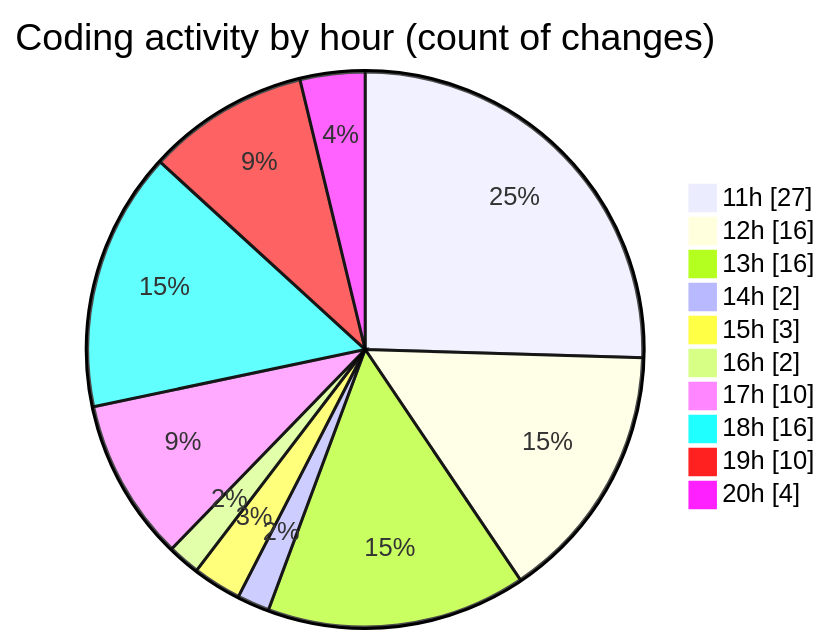
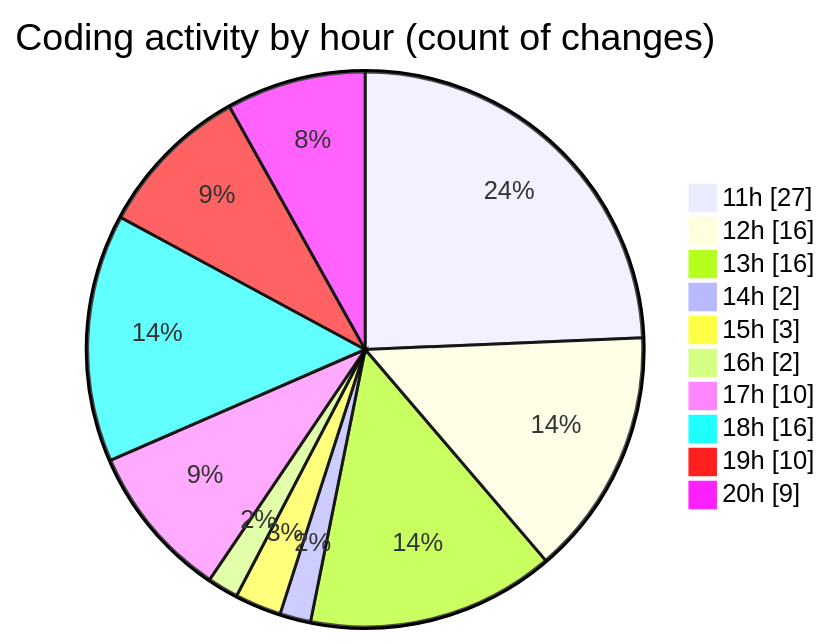
Before and after one commit to MatusMokan/code-tracking: the second of 2 diagrams in 2025-04-18/myws__workspace_/README.md, drawn with Mermaid. The commit also changed other lines of this file and 1 other file, not shown here.

````diff
--- a/2025-04-18/myws__workspace_/README.md
+++ b/2025-04-18/myws__workspace_/README.md
@@ -35,14 +35,14 @@
 ```mermaid
 pie showData
 title Coding activity by hour (count of changes)
 "11h" : 27
 "12h" : 16
 "13h" : 16
 "14h" : 2
 "15h" : 3
 "16h" : 2
 "17h" : 10
 "18h" : 16
 "19h" : 10
-"20h" : 4
+"20h" : 9
 ```
````
